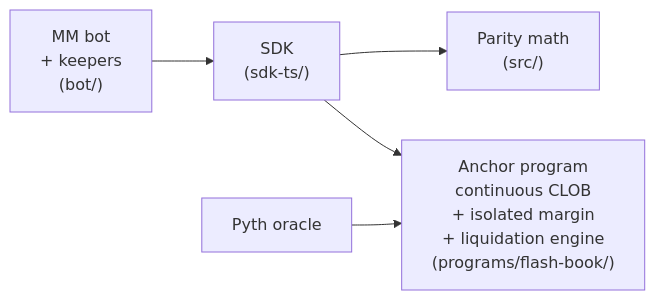
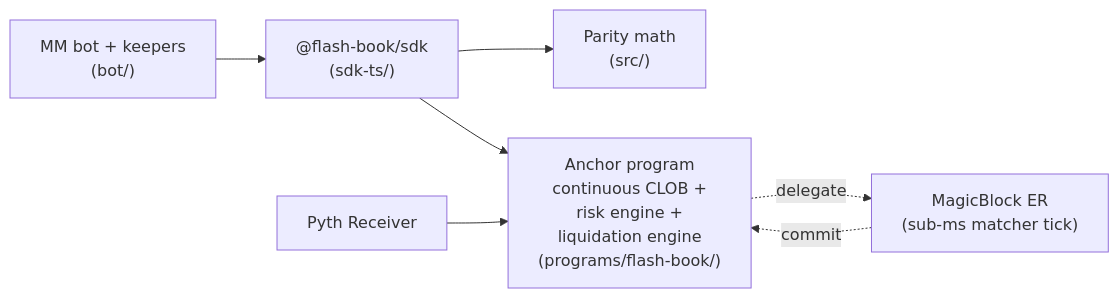
Before and after one commit to Abdr007/flash-book: the diagram in README.md, drawn with Mermaid. The commit also changed other lines of this file and 57 other files, not shown here.

First line of the commit message:
feat: Waves 24-65 — risk engine + primitive library + internal audit

````diff
--- a/README.md
+++ b/README.md
@@ -28,13 +48,16 @@
 ```mermaid
 flowchart LR
-    bot["MM bot<br/>+ keepers<br/>(bot/)"]
-    sdk["SDK<br/>(sdk-ts/)"]
+    bot["MM bot + keepers<br/>(bot/)"]
+    sdk["@flash-book/sdk<br/>(sdk-ts/)"]
     parity["Parity math<br/>(src/)"]
-    prog["Anchor program<br/>continuous CLOB<br/>+ isolated margin<br/>+ liquidation engine<br/>(programs/flash-book/)"]
-    pyth["Pyth oracle"]
+    prog["Anchor program<br/>continuous CLOB +<br/>risk engine +<br/>liquidation engine<br/>(programs/flash-book/)"]
+    pyth["Pyth Receiver"]
+    er["MagicBlock ER<br/>(sub-ms matcher tick)"]
 
     bot --> sdk
     sdk --> prog
     sdk --> parity
     pyth --> prog
+    prog -.delegate.-> er
+    er -.commit.-> prog
 ```
````
